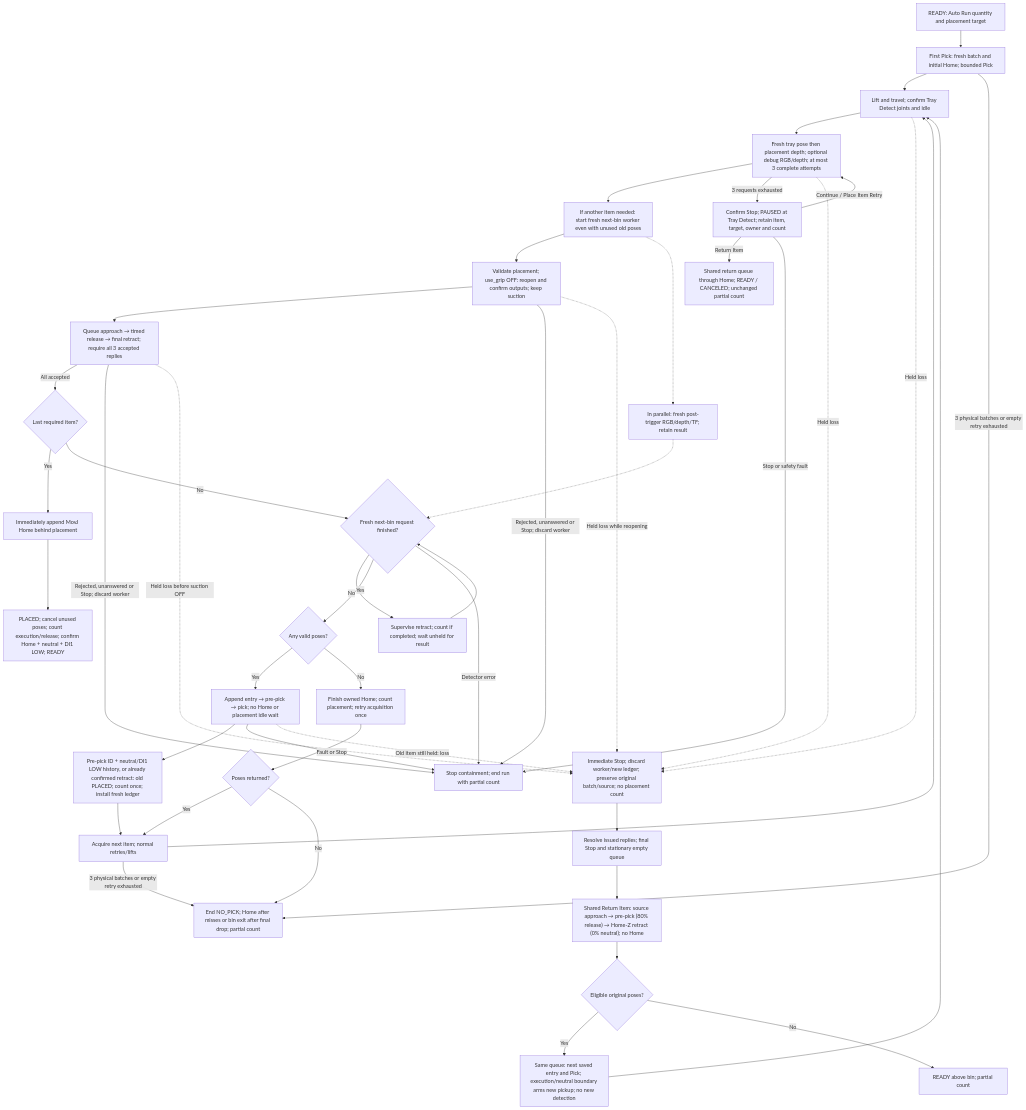
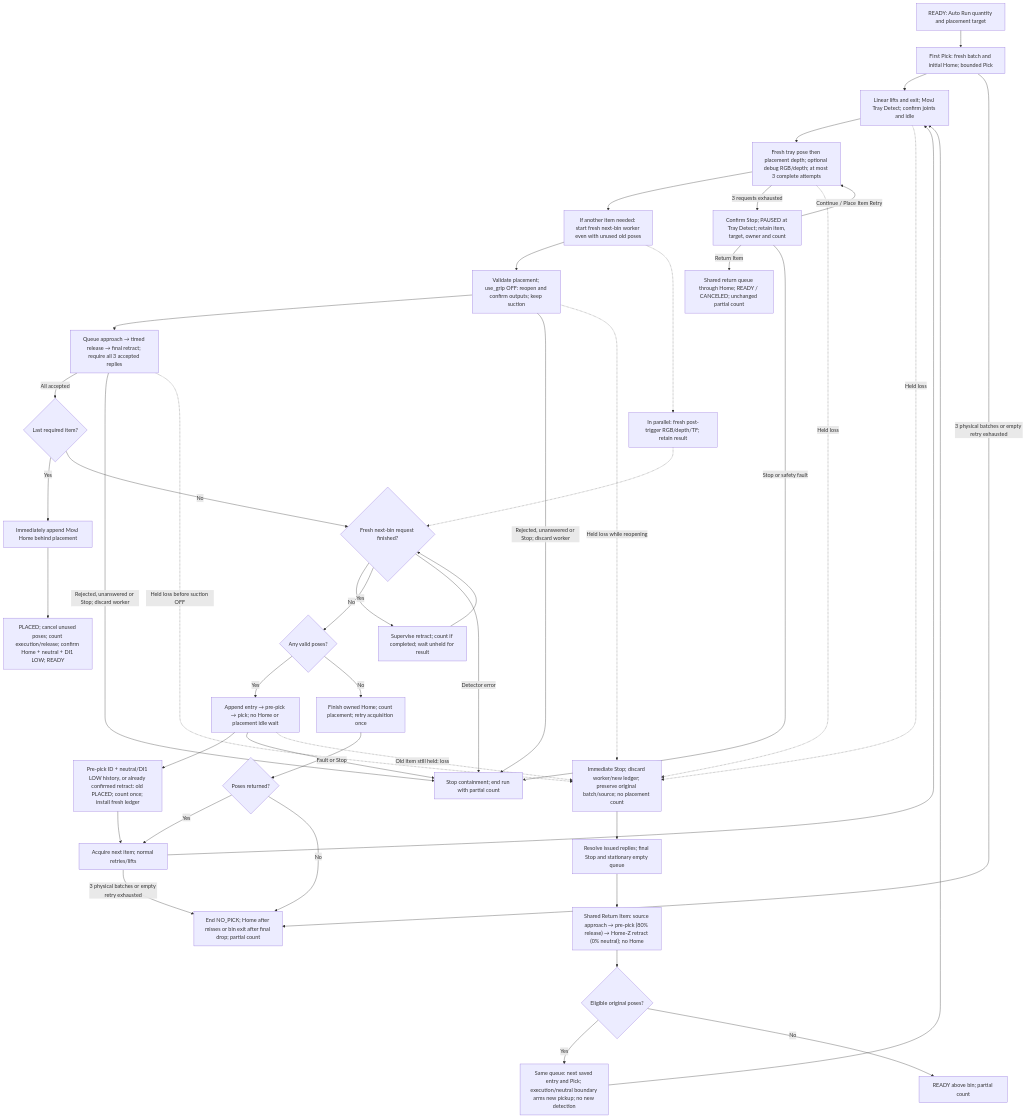
The sixth of 9 diagrams in docs/ROBOT_CONTROLLER_FSM.md (esgange/dobot_picknplace_yolo), drawn with Mermaid before and after one commit. The commit also changed other lines of this file and 11 other files, not shown here.

Commit message:
Use absolute MovJ for Tray Detect travel

````diff
--- a/docs/ROBOT_CONTROLLER_FSM.md
+++ b/docs/ROBOT_CONTROLLER_FSM.md
@@ -1052,47 +1063,47 @@
 ```mermaid
 flowchart TD
     Start["READY: Auto Run quantity and placement target"] --> Pick["First Pick: fresh batch and initial Home; bounded Pick"]
-    Pick --> Tray["Lift and travel; confirm Tray Detect joints and idle"]
+    Pick --> Tray["Linear lifts and exit; MovJ Tray Detect; confirm joints and idle"]
     Tray --> Observe["Fresh tray pose then placement depth; optional debug RGB/depth; at most 3 complete attempts"]
     Observe --> Prefetch["If another item needed: start fresh next-bin worker even with unused old poses"]
     Prefetch --> Fingers["Validate placement; use_grip OFF: reopen and confirm outputs; keep suction"]
     Fingers --> Place["Queue approach → timed release → final retract; require all 3 accepted replies"]
     Prefetch -.-> Capture["In parallel: fresh post-trigger RGB/depth/TF; retain result"]
     Place -->|All accepted| Last{"Last required item?"}
     Last -->|Yes| Home["Immediately append MovJ Home behind placement"]
     Home --> Done["PLACED; cancel unused poses; count execution/release; confirm Home + neutral + DI1 LOW; READY"]
     Last -->|No| Ready{"Fresh next-bin request finished?"}
     Capture -.-> Ready
     Ready -->|No| Wait["Supervise retract; count if completed; wait unheld for result"]
     Wait --> Ready
     Ready -->|Yes| Poses{"Any valid poses?"}
     Poses -->|Yes| Append["Append entry → pre-pick → pick; no Home or placement idle wait"]
     Poses -->|No| RetryHome["Finish owned Home; count placement; retry acquisition once"]
     RetryHome --> Retried{"Poses returned?"}
     Retried -->|Yes| Next
     Retried -->|No| Empty
     Append --> Boundary["Pre-pick ID + neutral/DI1 LOW history, or already confirmed retract: old PLACED; count once; install fresh ledger"]
     Boundary --> Next["Acquire next item; normal retries/lifts"]
     Next --> Tray
     Pick -->|3 physical batches or empty retry exhausted| Empty["End NO_PICK; Home after misses or bin exit after final drop; partial count"]
     Next -->|3 physical batches or empty retry exhausted| Empty
     Observe -->|3 requests exhausted| Paused["Confirm Stop; PAUSED at Tray Detect; retain item, target, owner and count"]
     Paused -->|Continue / Place Item Retry| Observe
     Paused -->|Return Item| PutBack["Shared return queue through Home; READY / CANCELED; unchanged partial count"]
     Paused -->|Stop or safety fault| Fail["Stop containment; end run with partial count"]
     Fingers -->|Rejected, unanswered or Stop; discard worker| Fail
     Place -->|Rejected, unanswered or Stop; discard worker| Fail
     Ready -->|Detector error| Fail
     Append -->|Fault or Stop| Fail
     Tray -. "Held loss" .-> Drop
     Observe -. "Held loss" .-> Drop
     Fingers -. "Held loss while reopening" .-> Drop
     Place -. "Held loss before suction OFF" .-> Drop
     Append -. "Old item still held: loss" .-> Drop["Immediate Stop; discard worker/new ledger; preserve original batch/source; no placement count"]
     Drop --> Contain["Resolve issued replies; final Stop and stationary empty queue"]
     Contain --> Return["Shared Return Item: source approach → pre-pick (80% release) → Home-Z retract (0% neutral); no Home"]
     Return --> Saved{"Eligible original poses?"}
     Saved -->|Yes| SavedPick["Same queue: next saved entry and Pick; execution/neutral boundary arms new pickup; no new detection"]
     SavedPick --> Tray
     Saved -->|No| DroppedEnd["READY above bin; partial count"]
 ```
````
